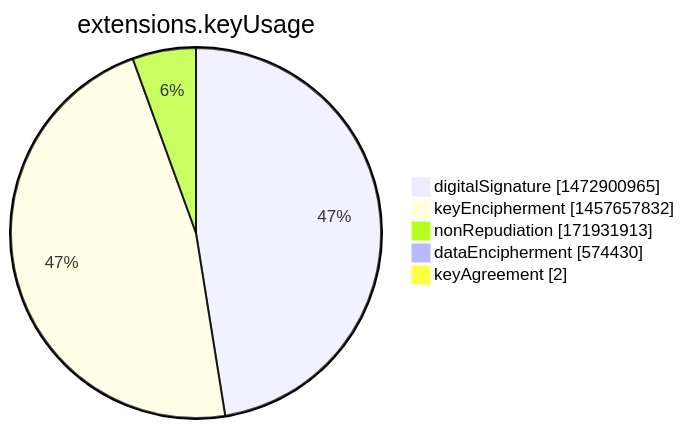
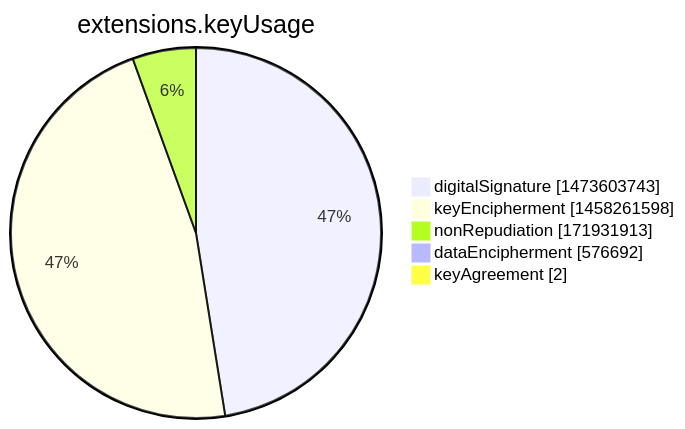
The seventh of 15 diagrams in argon2022/README.md (christiankrug/ctmonitor_visualization), drawn with Mermaid before and after one commit. The commit also changed other lines of this file, not shown here.

````diff
--- a/argon2022/README.md
+++ b/argon2022/README.md
@@ -2751,9 +2751,9 @@
 ```mermaid
 pie showData
 title extensions.keyUsage
-"digitalSignature" :1472900965
-"keyEncipherment" :1457657832
+"digitalSignature" :1473603743
+"keyEncipherment" :1458261598
 "nonRepudiation" :171931913
-"dataEncipherment" :574430
+"dataEncipherment" :576692
 "keyAgreement" :2
 ```
````
